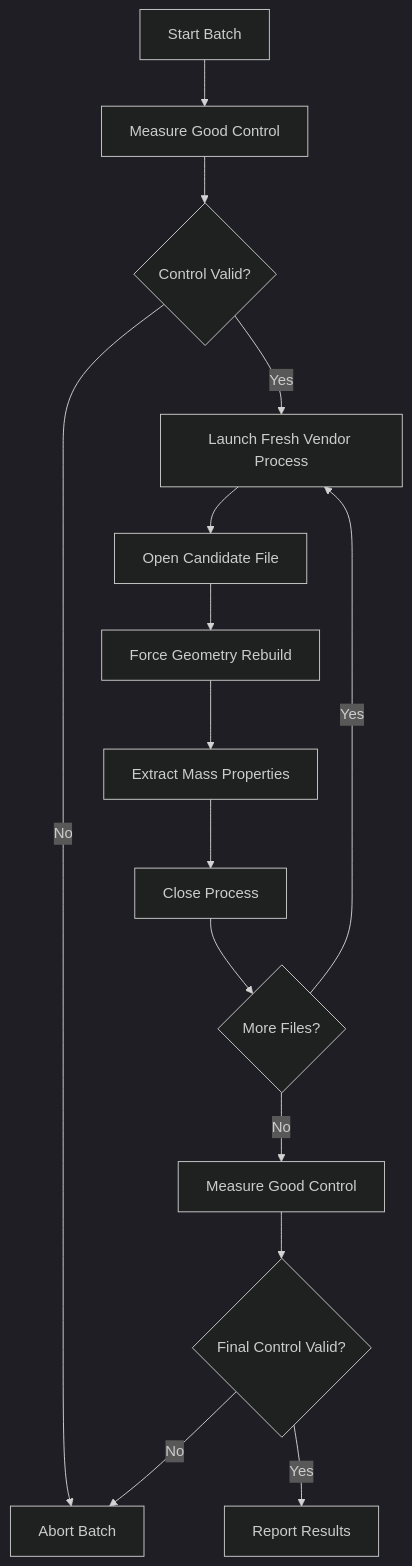
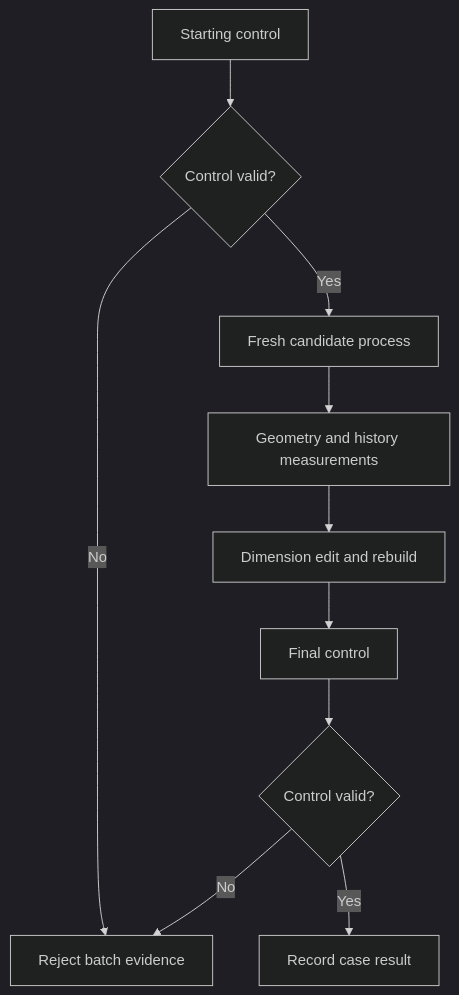
The diagram in Documentation/Reference/Research/Oracles.md (TryUniCAD/Kit), drawn with Mermaid (dark theme) before and after one commit. The commit also changed other lines of this file and 53 other files, not shown here.

````diff
--- a/Documentation/Reference/Research/Oracles.md
+++ b/Documentation/Reference/Research/Oracles.md
@@ -43,17 +40,12 @@
 ```mermaid
 flowchart TD
-    Start[Start Batch] --> Control1[Measure Good Control]
-    Control1 --> Process{Control Valid?}
-    Process -- No --> Error[Abort Batch]
-    Process -- Yes --> Launch[Launch Fresh Vendor Process]
-    Launch --> Open[Open Candidate File]
-    Open --> Rebuild[Force Geometry Rebuild]
-    Rebuild --> Measure[Extract Mass Properties]
-    Measure --> Close[Close Process]
-    Close --> Next{More Files?}
-    Next -- Yes --> Launch
-    Next -- No --> Control2[Measure Good Control]
-    Control2 --> Final{Final Control Valid?}
-    Final -- Yes --> Success[Report Results]
-    Final -- No --> Error
+    Start[Starting control] --> Healthy{Control valid?}
+    Healthy -- No --> Reject[Reject batch evidence]
+    Healthy -- Yes --> Candidate[Fresh candidate process]
+    Candidate --> Measure[Geometry and history measurements]
+    Measure --> Edit[Dimension edit and rebuild]
+    Edit --> Final[Final control]
+    Final --> Valid{Control valid?}
+    Valid -- No --> Reject
+    Valid -- Yes --> Report[Record case result]
 ```
````
